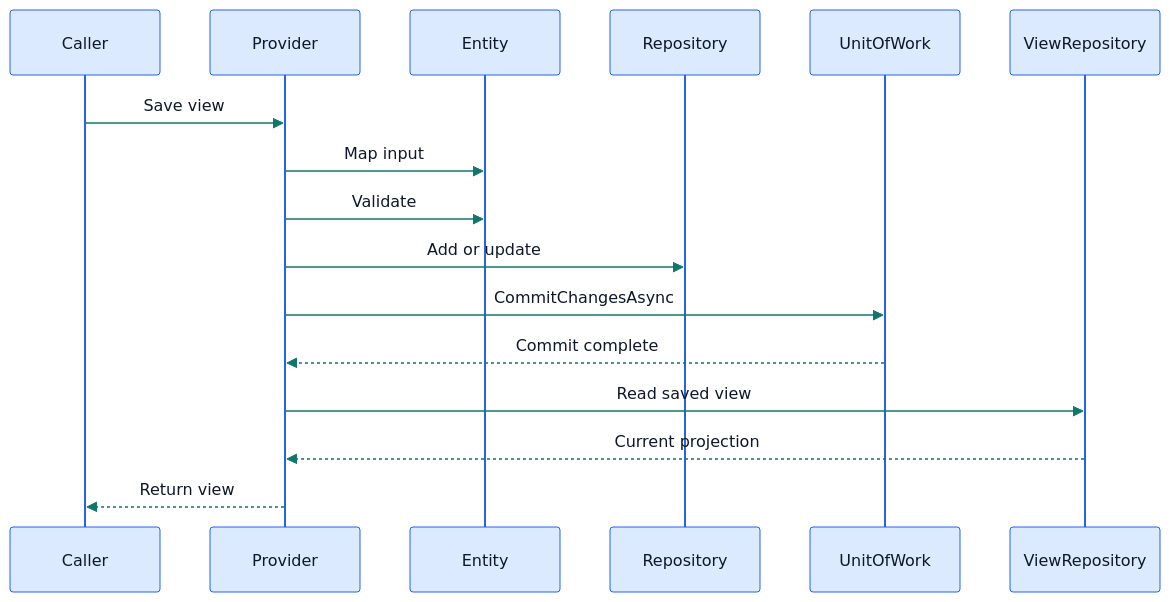
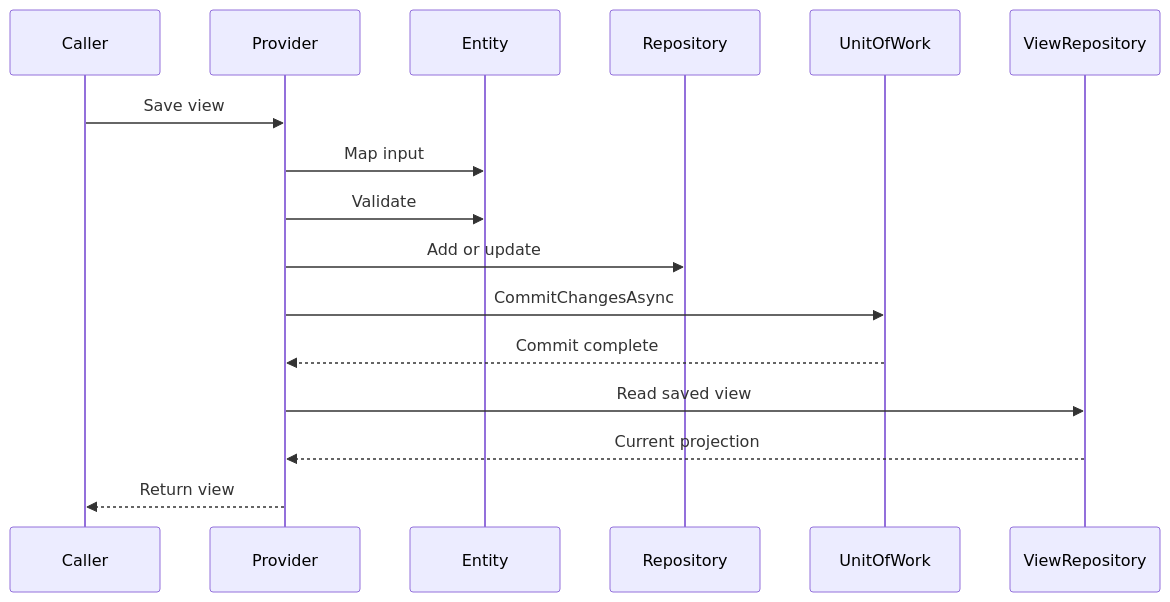
The diagram in docs/providers.md (MiracleDevs/Paradigm.Enterprise), drawn with Mermaid before and after one commit. The commit also changed 2 other files, not shown here.

Commit message:
style: update navbar brand styles for improved layout and responsiveness

````diff
--- a/docs/providers.md
+++ b/docs/providers.md
@@ -15,20 +15,19 @@
 ```mermaid
-%%{init: {"theme": "base", "themeVariables": {"primaryColor": "#dbeafe", "primaryBorderColor": "#2563eb", "primaryTextColor": "#0f172a", "lineColor": "#0f766e", "secondaryColor": "#ccfbf1", "tertiaryColor": "#ede9fe", "actorBkg": "#dbeafe", "actorBorder": "#2563eb", "actorTextColor": "#0f172a", "signalColor": "#0f766e", "signalTextColor": "#0f172a"}}}%%
 sequenceDiagram
   participant Caller
   participant Provider
   participant Entity
   participant Repository
   participant UnitOfWork
   participant ViewRepository
 
   Caller->>Provider: Save view
   Provider->>Entity: Map input
   Provider->>Entity: Validate
   Provider->>Repository: Add or update
   Provider->>UnitOfWork: CommitChangesAsync
   UnitOfWork-->>Provider: Commit complete
   Provider->>ViewRepository: Read saved view
   ViewRepository-->>Provider: Current projection
   Provider-->>Caller: Return view
 ```
````
